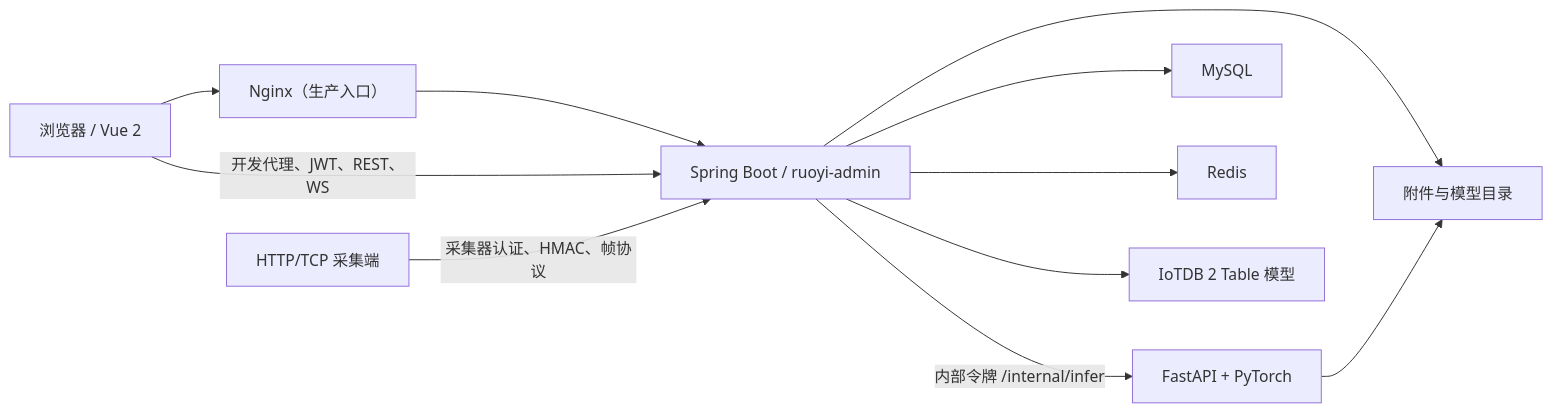
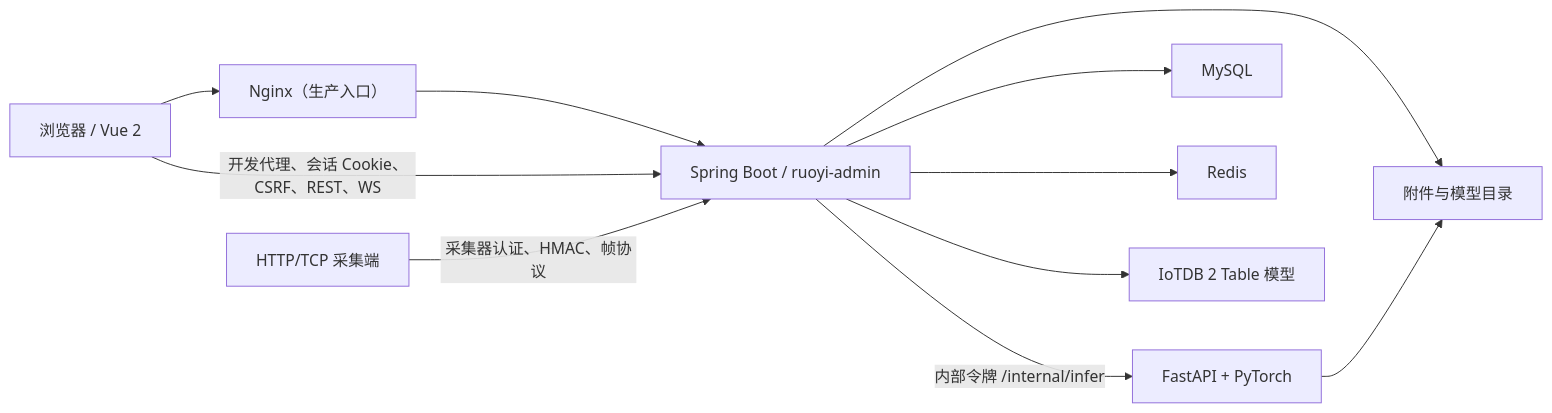
Before and after one commit to wangjiarui777/C-power_sheararm_platform: the first of 3 diagrams in AI_PROJECT_OVERVIEW.md, drawn with Mermaid. The commit also changed other lines of this file and 14 other files, not shown here.

````diff
--- a/AI_PROJECT_OVERVIEW.md
+++ b/AI_PROJECT_OVERVIEW.md
@@ -108,23 +113,23 @@
 ```mermaid
 flowchart LR
     U["浏览器 / Vue 2"]
     N["Nginx（生产入口）"]
     J["Spring Boot / ruoyi-admin"]
     P["FastAPI + PyTorch"]
     M["MySQL"]
     R["Redis"]
     T["IoTDB 2 Table 模型"]
     F["附件与模型目录"]
     E["HTTP/TCP 采集端"]
 
     U --> N
     N --> J
-    U -->|"开发代理、JWT、REST、WS"| J
+    U -->|"开发代理、会话 Cookie、CSRF、REST、WS"| J
     E -->|"采集器认证、HMAC、帧协议"| J
     J -->|"内部令牌 /internal/infer"| P
     J --> M
     J --> R
     J --> T
     J --> F
     P --> F
 ```
````
